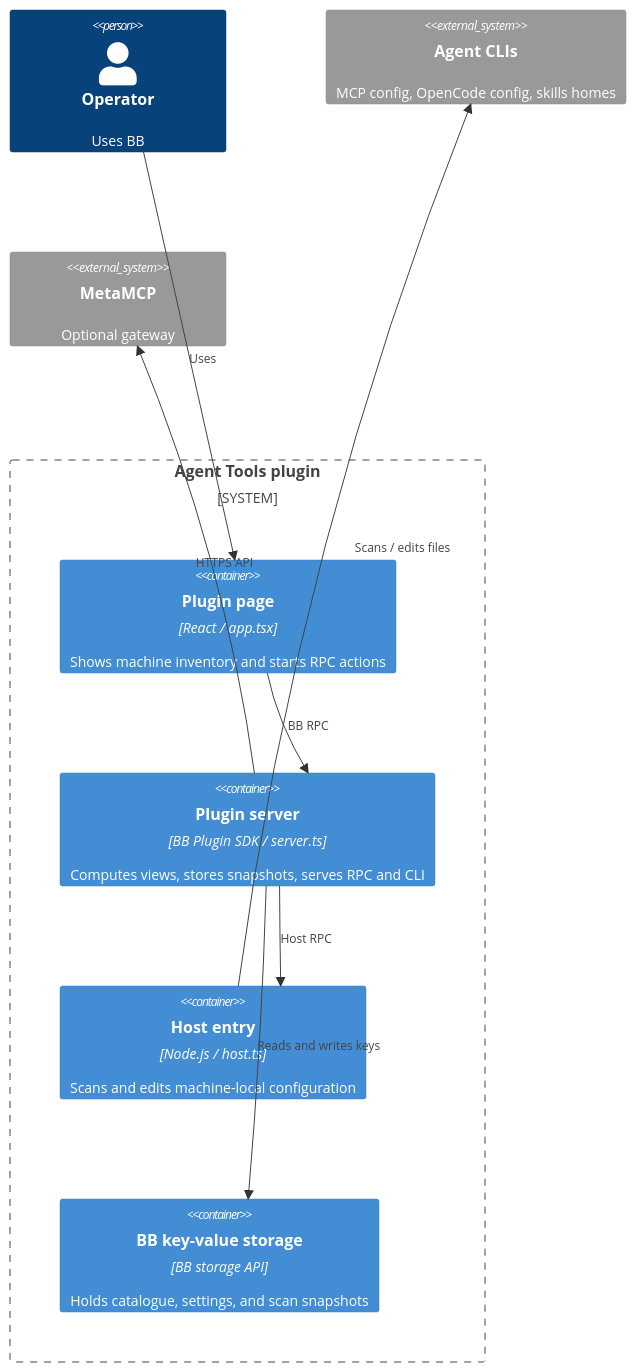
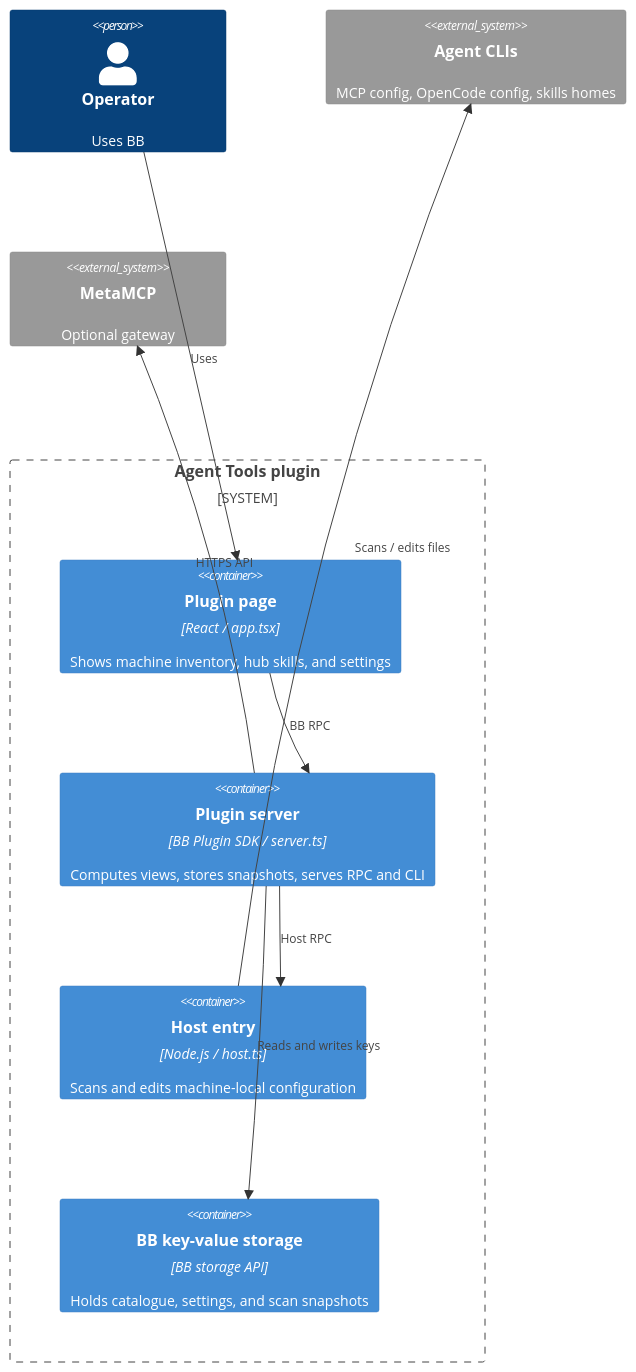
Before and after one commit to VKirill/bb-plugin-agent-tools: the second of 5 diagrams in docs/architecture.md, drawn with Mermaid. The commit also changed other lines of this file and 19 other files, not shown here.

````diff
--- a/docs/architecture.md
+++ b/docs/architecture.md
@@ -50,18 +54,18 @@
 ```mermaid
 C4Container
   Person(operator, "Operator", "Uses BB")
   System_Boundary(plugin, "Agent Tools plugin") {
-    Container(ui, "Plugin page", "React / app.tsx", "Shows machine inventory and starts RPC actions")
+    Container(ui, "Plugin page", "React / app.tsx", "Shows machine inventory, hub skills, and settings")
     Container(server, "Plugin server", "BB Plugin SDK / server.ts", "Computes views, stores snapshots, serves RPC and CLI")
     Container(host, "Host entry", "Node.js / host.ts", "Scans and edits machine-local configuration")
     Container(kv, "BB key-value storage", "BB storage API", "Holds catalogue, settings, and scan snapshots")
   }
   System_Ext(cli, "Agent CLIs", "MCP config, OpenCode config, skills homes")
   System_Ext(meta, "MetaMCP", "Optional gateway")
   Rel(operator, ui, "Uses")
   Rel(ui, server, "BB RPC")
   Rel(server, host, "Host RPC")
   Rel(server, kv, "Reads and writes keys")
   Rel(host, cli, "Scans / edits files")
   Rel(server, meta, "HTTPS API")
 ```
````
